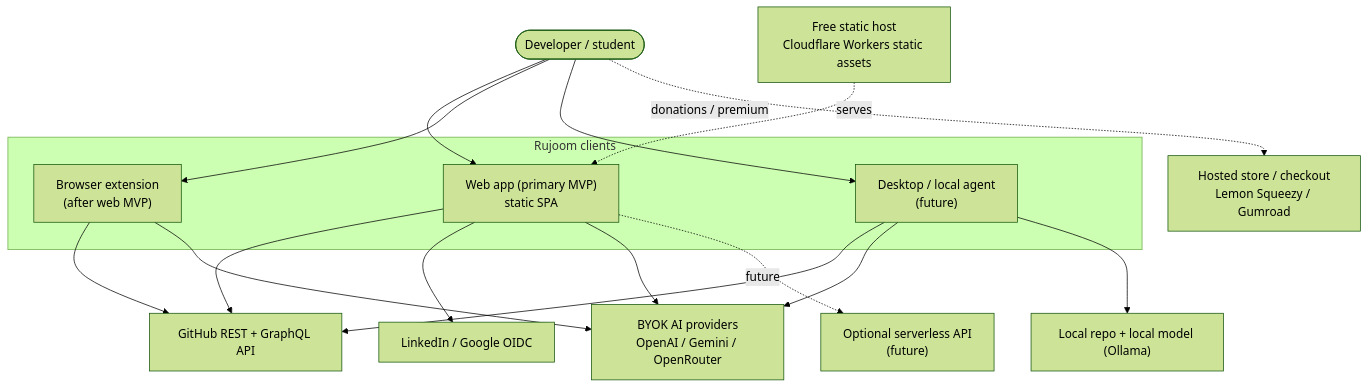
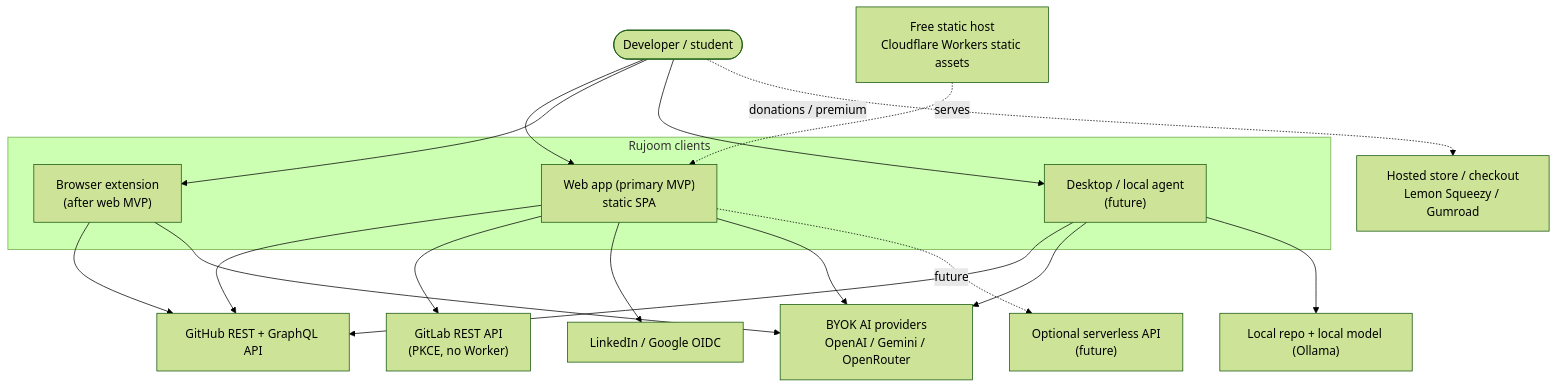
One commit to MahmoudNasserGouda/cairn changed the first of 9 diagrams in ARCHITECTURE.md. Above: the diagram before and after it, drawn with Mermaid (forest theme). The commit also changed other lines of this file and 17 other files, not shown here.

````diff
--- a/ARCHITECTURE.md
+++ b/ARCHITECTURE.md
@@ -50,26 +50,27 @@
 ```mermaid
 flowchart TB
     User([Developer / student])
 
     subgraph Clients["Rujoom clients"]
         Web["Web app (primary MVP)<br/>static SPA"]
         Ext["Browser extension<br/>(after web MVP)"]
         Desktop["Desktop / local agent<br/>(future)"]
     end
 
     Host["Free static host<br/>Cloudflare Workers static assets"]
     GH["GitHub REST + GraphQL API"]
+    GL["GitLab REST API<br/>(PKCE, no Worker)"]
     LI["LinkedIn / Google OIDC"]
     AI["BYOK AI providers<br/>OpenAI / Gemini / OpenRouter"]
     Store["Hosted store / checkout<br/>Lemon Squeezy / Gumroad"]
     Serverless["Optional serverless API<br/>(future)"]
 
     User --> Web & Ext & Desktop
     Host -. serves .-> Web
-    Web --> GH & LI & AI
+    Web --> GH & GL & LI & AI
     Ext --> GH & AI
     Desktop --> GH & AI
     Desktop --> Local["Local repo + local model (Ollama)"]
     User -. donations / premium .-> Store
     Web -. future .-> Serverless
 ```
````
